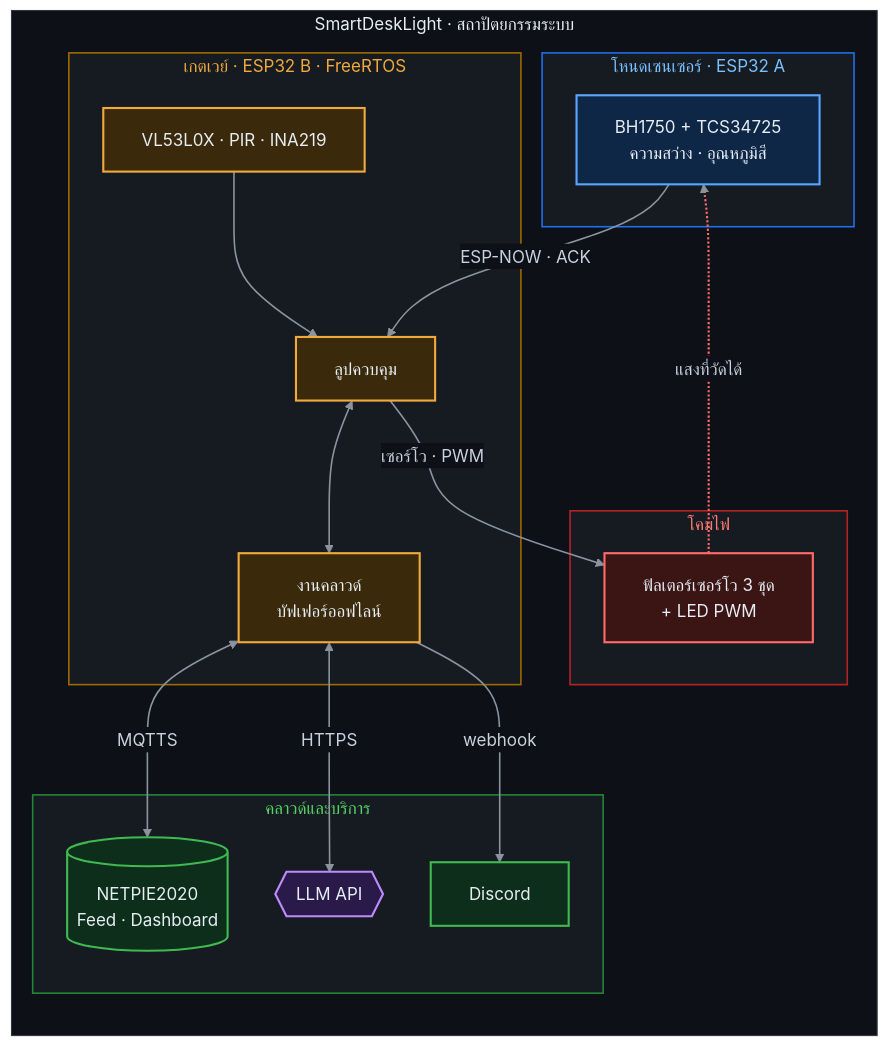
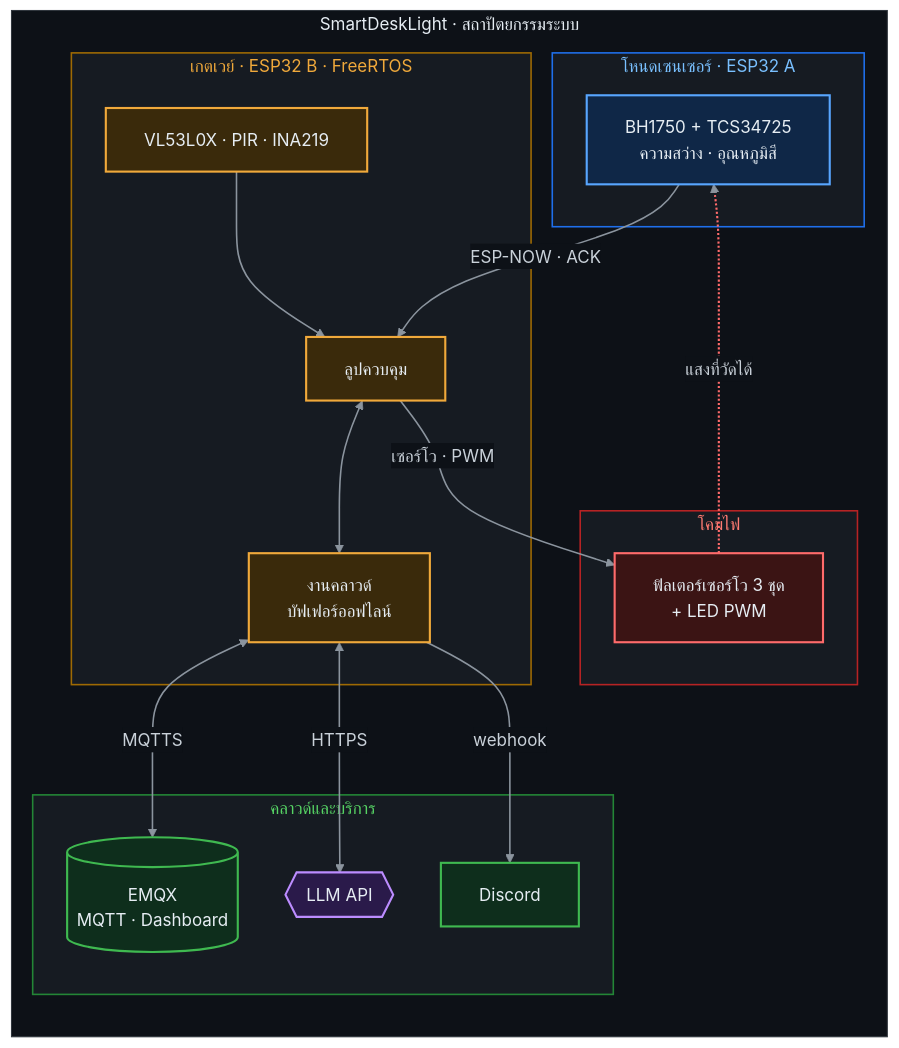
The first of 2 diagrams in README.md (E3-Embed/SmartDeskLight), drawn with Mermaid before and after one commit. The commit also changed other lines of this file and 5 other files, not shown here.

````diff
--- a/README.md
+++ b/README.md
@@ -24,56 +24,56 @@
 ```mermaid
 %%{init: {"theme": "base", "themeVariables": {"background": "#0D1117", "primaryTextColor": "#E6EDF3", "textColor": "#C9D1D9", "lineColor": "#8B949E", "edgeLabelBackground": "#0D1117", "clusterBkg": "#161B22", "clusterBorder": "#30363D", "titleColor": "#E6EDF3"}, "flowchart": {"curve": "basis", "padding": 18, "nodeSpacing": 45, "rankSpacing": 55}}}%%
 flowchart TB
   subgraph SYS["SmartDeskLight · สถาปัตยกรรมระบบ"]
     direction TB
 
     subgraph NODE["โหนดเซนเซอร์ · ESP32 A"]
       S["BH1750 + TCS34725<br/>ความสว่าง · อุณหภูมิสี"]
     end
 
     subgraph GW["เกตเวย์ · ESP32 B · FreeRTOS"]
       G1["VL53L0X · PIR · INA219"]
       G2["ลูปควบคุม"]
       G3["งานคลาวด์<br/>บัฟเฟอร์ออฟไลน์"]
     end
 
     subgraph LAMP["โคมไฟ"]
       L["ฟิลเตอร์เซอร์โว 3 ชุด<br/>+ LED PWM"]
     end
 
     subgraph CLOUD["คลาวด์และบริการ"]
-      N[("NETPIE2020<br/>Feed · Dashboard")]
+      N[("EMQX<br/>MQTT · Dashboard")]
       A{{"LLM API"}}
       D["Discord"]
     end
   end
 
   S -->|"ESP-NOW · ACK"| G2
   G1 --> G2
   G2 -->|"เซอร์โว · PWM"| L
   L -.->|"แสงที่วัดได้"| S
   G2 <--> G3
   G3 <-->|"MQTTS"| N
   G3 <-->|"HTTPS"| A
   G3 -->|"webhook"| D
 
   classDef sense fill:#0F2747,stroke:#58A6FF,stroke-width:2px,color:#E6EDF3
   classDef edge fill:#3A2A0B,stroke:#F0A93B,stroke-width:2px,color:#E6EDF3
   classDef act fill:#3B1414,stroke:#FF6B6B,stroke-width:2px,color:#E6EDF3
   classDef cloud fill:#0E2E1C,stroke:#3FB950,stroke-width:2px,color:#E6EDF3
   classDef ai fill:#2A1A4A,stroke:#BC8CFF,stroke-width:2px,color:#E6EDF3
   class S sense
   class G1,G2,G3 edge
   class L act
   class N,D cloud
   class A ai
 
   style SYS fill:#0D1117,stroke:#30363D,stroke-width:1px,color:#E6EDF3
   style NODE fill:#161B22,stroke:#1F6FEB,stroke-width:1.5px,color:#79C0FF
   style GW fill:#161B22,stroke:#9E6A03,stroke-width:1.5px,color:#F0A93B
   style LAMP fill:#161B22,stroke:#B62324,stroke-width:1.5px,color:#FF7B72
   style CLOUD fill:#161B22,stroke:#238636,stroke-width:1.5px,color:#56D364
 
   linkStyle default stroke:#8B949E,stroke-width:1.5px,color:#C9D1D9
   linkStyle 3 stroke:#FF6B6B,stroke-width:2px
 ```
````
